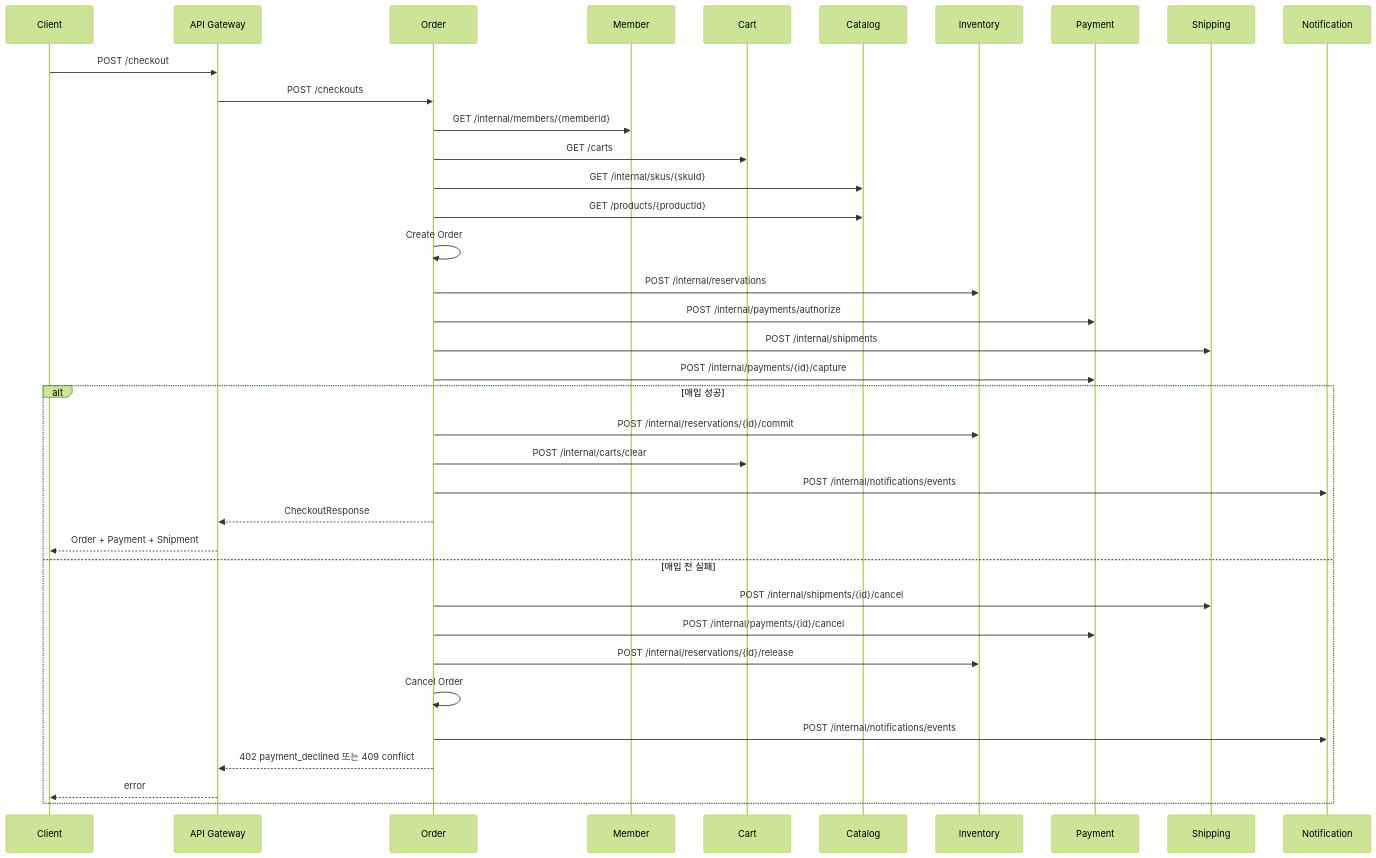
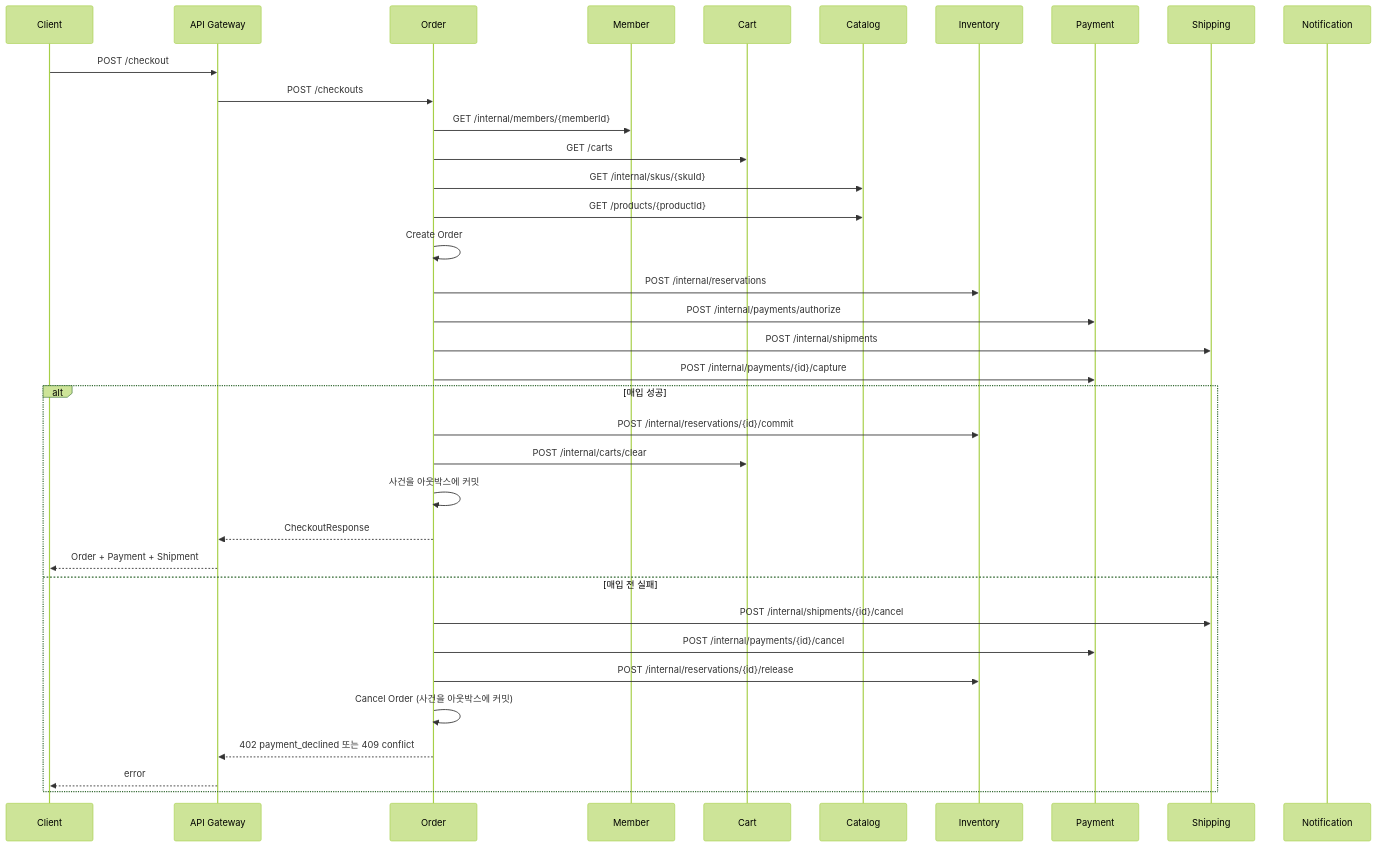
Before and after one commit to impati/commerce: the second of 3 diagrams in docs/architecture.md, drawn with Mermaid (forest theme). The commit also changed other lines of this file and 22 other files, not shown here.

````diff
--- a/docs/architecture.md
+++ b/docs/architecture.md
@@ -43,40 +43,39 @@
 ```mermaid
 sequenceDiagram
     participant C as Client
     participant G as API Gateway
     participant O as Order
     participant M as Member
     participant Cart as Cart
     participant Cat as Catalog
     participant Inv as Inventory
     participant Pay as Payment
     participant Ship as Shipping
     participant N as Notification
 
     C->>G: POST /checkout
     G->>O: POST /checkouts
     O->>M: GET /internal/members/{memberId}
     O->>Cart: GET /carts
     O->>Cat: GET /internal/skus/{skuId}
     O->>Cat: GET /products/{productId}
     O->>O: Create Order
     O->>Inv: POST /internal/reservations
     O->>Pay: POST /internal/payments/authorize
     O->>Ship: POST /internal/shipments
     O->>Pay: POST /internal/payments/{id}/capture
     alt 매입 성공
         O->>Inv: POST /internal/reservations/{id}/commit
         O->>Cart: POST /internal/carts/clear
-        O->>N: POST /internal/notifications/events
+        O->>O: 사건을 아웃박스에 커밋
         O-->>G: CheckoutResponse
         G-->>C: Order + Payment + Shipment
     else 매입 전 실패
         O->>Ship: POST /internal/shipments/{id}/cancel
         O->>Pay: POST /internal/payments/{id}/cancel
         O->>Inv: POST /internal/reservations/{id}/release
-        O->>O: Cancel Order
-        O->>N: POST /internal/notifications/events
+        O->>O: Cancel Order (사건을 아웃박스에 커밋)
         O-->>G: 402 payment_declined 또는 409 conflict
         G-->>C: error
     end
 ```
````
